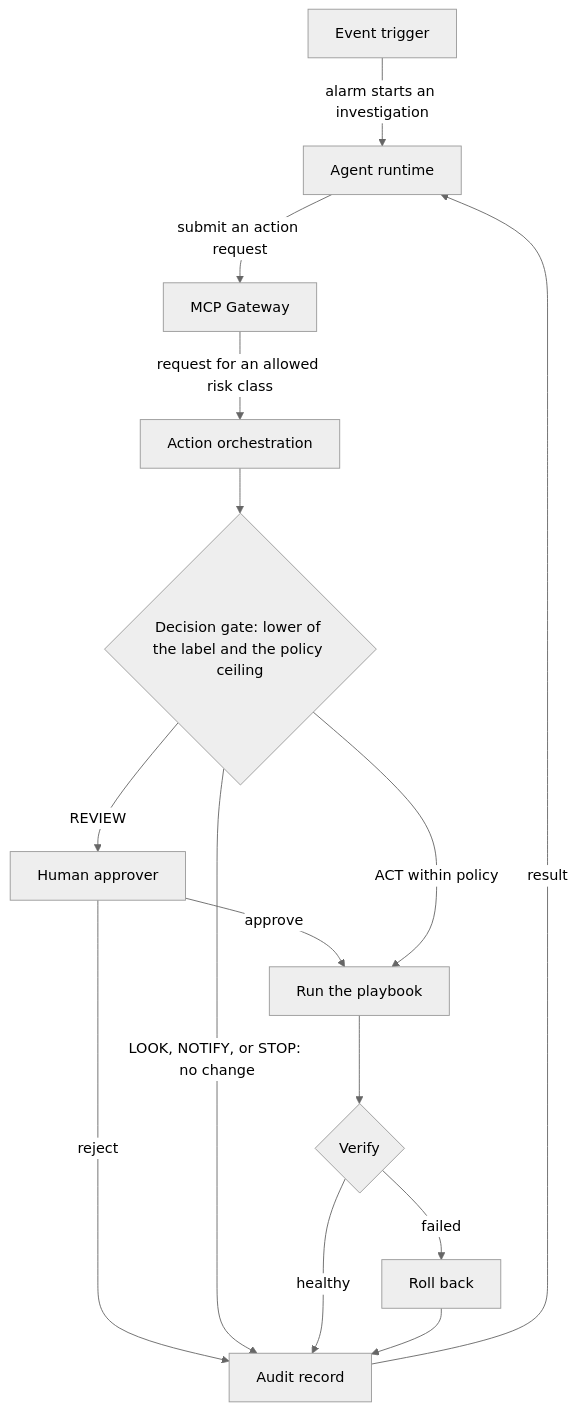
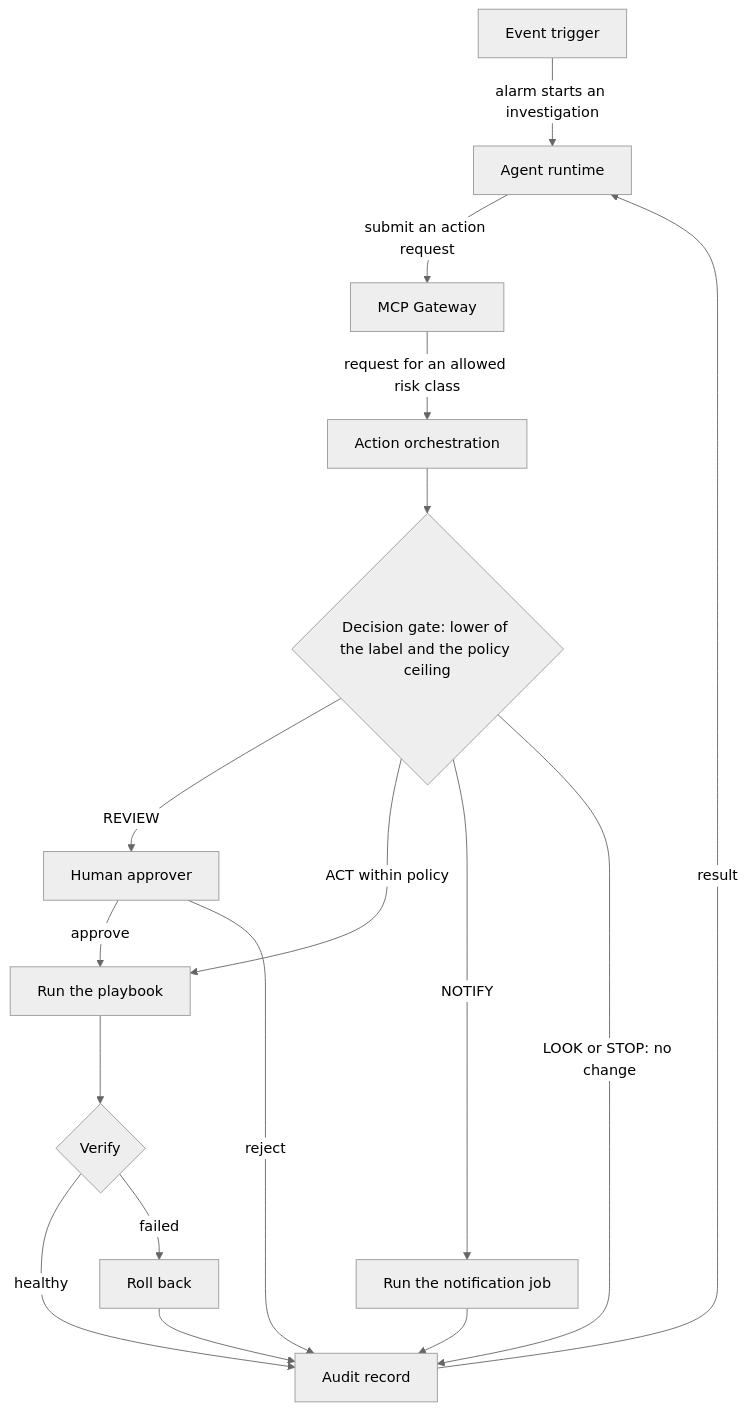
One commit to ravisharma5/otel-telco-blueprints changed the diagram in platform/action-layer/README.md. Above: the diagram before and after it, drawn with Mermaid (neutral theme). The commit also changed other lines of this file and 4 other files, not shown here.

````diff
--- a/platform/action-layer/README.md
+++ b/platform/action-layer/README.md
@@ -53,17 +53,19 @@
 ```mermaid
 flowchart TD
   ET["Event trigger"] -- "alarm starts an investigation" --> AG["Agent runtime"]
   AG -- "submit an action request" --> MG["MCP Gateway"]
   MG -- "request for an allowed risk class" --> AO["Action orchestration"]
   AO --> DG{"Decision gate: lower of the label and the policy ceiling"}
   DG -- "REVIEW" --> HU["Human approver"]
   HU -- "approve" --> RUN["Run the playbook"]
   DG -- "ACT within policy" --> RUN
   HU -- "reject" --> AU["Audit record"]
-  DG -- "LOOK, NOTIFY, or STOP: no change" --> AU
+  DG -- "NOTIFY" --> NJ["Run the notification job"]
+  NJ --> AU
+  DG -- "LOOK or STOP: no change" --> AU
   RUN --> VE{"Verify"}
   VE -- "healthy" --> AU
   VE -- "failed" --> RB["Roll back"]
   RB --> AU
   AU -- "result" --> AG
 ```
````
